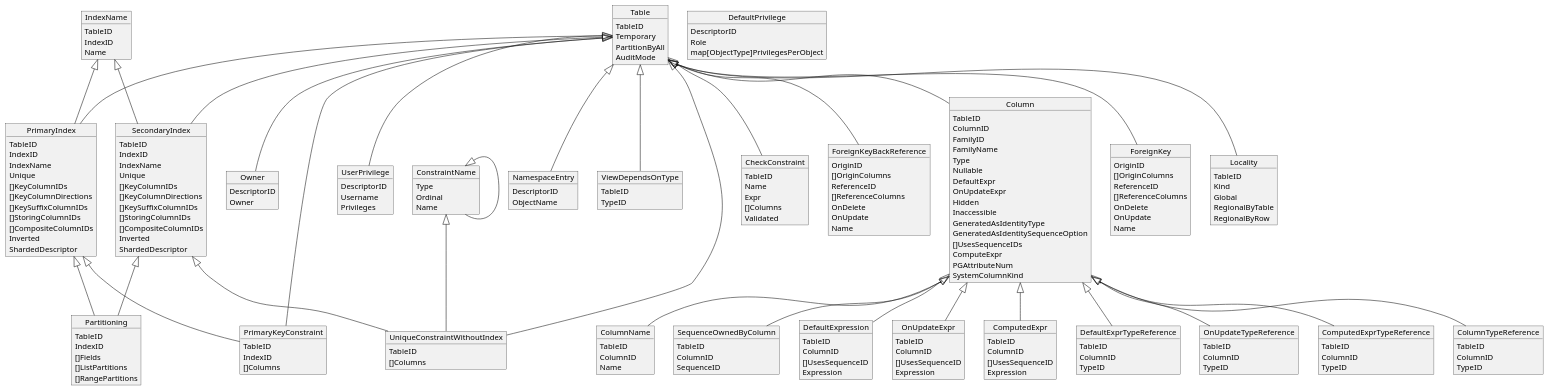
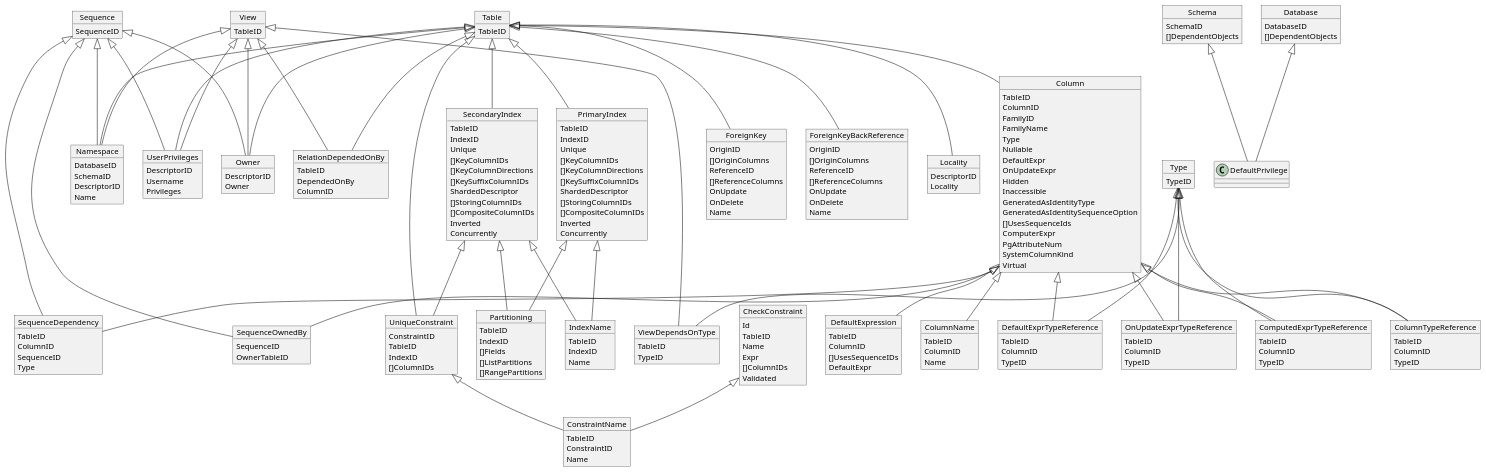
One commit to cockroachdb/cockroach changed the diagram in pkg/sql/schemachanger/scpb/uml/table.puml. Above: the diagram before and after it, drawn with PlantUML. The commit also changed 4 other files, not shown here.

First line of the commit message:
sql: add automated UML diagram generation for new schema changer

```diff
--- a/pkg/sql/schemachanger/scpb/uml/table.puml
+++ b/pkg/sql/schemachanger/scpb/uml/table.puml
@@ -1,266 +1,228 @@
 @startuml
-
-object Table
-
-Table : TableID
-Table : Temporary
-Table : PartitionByAll
-Table : AuditMode
-
 object Column
 
-Column : TableID
-Column : ColumnID
-Column : FamilyID
-Column : FamilyName
-Column : Type
-Column : Nullable
-Column : DefaultExpr
-Column : OnUpdateExpr
-Column : Hidden
-Column : Inaccessible
-Column : GeneratedAsIdentityType
-Column : GeneratedAsIdentitySequenceOption
-Column : []UsesSequenceIDs
-Column : ComputeExpr
-Column : PGAttributeNum
-Column : SystemColumnKind
-
-Table <|-- Column
-
-object ColumnName
-
-ColumnName : TableID
-ColumnName : ColumnID
-ColumnName : Name
-
-Column <|-- ColumnName
-
-object SequenceOwnedByColumn
-
-SequenceOwnedByColumn : TableID
-SequenceOwnedByColumn : ColumnID
-SequenceOwnedByColumn : SequenceID
-
-Column <|-- SequenceOwnedByColumn
-
-
-object DefaultExpression
-
-DefaultExpression : TableID
-DefaultExpression : ColumnID
-DefaultExpression : []UsesSequenceID
-DefaultExpression : Expression
-
-Column <|-- DefaultExpression
-
-object OnUpdateExpr
-
-OnUpdateExpr : TableID
-OnUpdateExpr : ColumnID
-OnUpdateExpr : []UsesSequenceID
-OnUpdateExpr : Expression
-
-Column <|-- OnUpdateExpr
-
-object ComputedExpr
-
-ComputedExpr : TableID
-ComputedExpr : ColumnID
-ComputedExpr : []UsesSequenceID
-ComputedExpr : Expression
-
-Column <|-- ComputedExpr
-
-object NamespaceEntry
-
-NamespaceEntry : DescriptorID
-NamespaceEntry : ObjectName
-
-Table <|-- NamespaceEntry
-
-object DefaultExprTypeReference
-
-DefaultExprTypeReference : TableID
-DefaultExprTypeReference : ColumnID
-DefaultExprTypeReference : TypeID
-
-Column <|-- DefaultExprTypeReference
-
-object OnUpdateTypeReference
-
-OnUpdateTypeReference : TableID
-OnUpdateTypeReference : ColumnID
-OnUpdateTypeReference : TypeID
-
-Column <|-- OnUpdateTypeReference
-
-object ComputedExprTypeReference
-
-ComputedExprTypeReference : TableID
-ComputedExprTypeReference : ColumnID
-ComputedExprTypeReference : TypeID
-
-Column <|-- ComputedExprTypeReference
-
-object ColumnTypeReference
-
-ColumnTypeReference : TableID
-ColumnTypeReference : ColumnID
-ColumnTypeReference : TypeID
-
-Column <|-- ColumnTypeReference
-
-
-object ViewDependsOnType
-
-ViewDependsOnType : TableID
-ViewDependsOnType : TypeID
-
-Table <|-- ViewDependsOnType
-
+Column :  TableID
+Column :  ColumnID
+Column :  FamilyID
+Column :  FamilyName
+Column :  Type
+Column :  Nullable
+Column :  DefaultExpr
+Column :  OnUpdateExpr
+Column :  Hidden
+Column :  Inaccessible
+Column :  GeneratedAsIdentityType
+Column :  GeneratedAsIdentitySequenceOption
+Column : []UsesSequenceIds
+Column :  ComputerExpr
+Column :  PgAttributeNum
+Column :  SystemColumnKind
+Column :  Virtual
 object PrimaryIndex
 
-PrimaryIndex : TableID
-PrimaryIndex : IndexID
-PrimaryIndex : IndexName
-PrimaryIndex : Unique
+PrimaryIndex :  TableID
+PrimaryIndex :  IndexID
+PrimaryIndex :  Unique
 PrimaryIndex : []KeyColumnIDs
 PrimaryIndex : []KeyColumnDirections
 PrimaryIndex : []KeySuffixColumnIDs
+PrimaryIndex :  ShardedDescriptor
 PrimaryIndex : []StoringColumnIDs
 PrimaryIndex : []CompositeColumnIDs
-PrimaryIndex : Inverted
-PrimaryIndex : ShardedDescriptor
-
-Table <|-- PrimaryIndex
-
+PrimaryIndex :  Inverted
+PrimaryIndex :  Concurrently
 object SecondaryIndex
 
-SecondaryIndex : TableID
-SecondaryIndex : IndexID
-SecondaryIndex : IndexName
-SecondaryIndex : Unique
+SecondaryIndex :  TableID
+SecondaryIndex :  IndexID
+SecondaryIndex :  Unique
 SecondaryIndex : []KeyColumnIDs
 SecondaryIndex : []KeyColumnDirections
 SecondaryIndex : []KeySuffixColumnIDs
+SecondaryIndex :  ShardedDescriptor
 SecondaryIndex : []StoringColumnIDs
 SecondaryIndex : []CompositeColumnIDs
-SecondaryIndex : Inverted
-SecondaryIndex : ShardedDescriptor
+SecondaryIndex :  Inverted
+SecondaryIndex :  Concurrently
+object SequenceDependency
 
-Table <|-- SecondaryIndex
+SequenceDependency :  TableID
+SequenceDependency :  ColumnID
+SequenceDependency :  SequenceID
+SequenceDependency :  Type
+object UniqueConstraint
 
-object IndexName
+UniqueConstraint :  ConstraintID
+UniqueConstraint :  TableID
+UniqueConstraint :  IndexID
+UniqueConstraint : []ColumnIDs
+object CheckConstraint
 
-IndexName : TableID
-IndexName : IndexID
-IndexName : Name
+CheckConstraint :  Id
+CheckConstraint :  TableID
+CheckConstraint :  Name
+CheckConstraint :  Expr
+CheckConstraint : []ColumnIDs
+CheckConstraint :  Validated
+object Sequence
 
-IndexName <|-- PrimaryIndex
-IndexName <|-- SecondaryIndex
+Sequence :  SequenceID
+object DefaultExpression
 
+DefaultExpression :  TableID
+DefaultExpression :  ColumnID
+DefaultExpression : []UsesSequenceIDs
+DefaultExpression :  DefaultExpr
+object View
 
+View :  TableID
+object Table
+
+Table :  TableID
+object ForeignKey
+
+ForeignKey :  OriginID
+ForeignKey : []OriginColumns
+ForeignKey :  ReferenceID
+ForeignKey : []ReferenceColumns
+ForeignKey :  OnUpdate
+ForeignKey :  OnDelete
+ForeignKey :  Name
+object ForeignKeyBackReference
+
+ForeignKeyBackReference :  OriginID
+ForeignKeyBackReference : []OriginColumns
+ForeignKeyBackReference :  ReferenceID
+ForeignKeyBackReference : []ReferenceColumns
+ForeignKeyBackReference :  OnUpdate
+ForeignKeyBackReference :  OnDelete
+ForeignKeyBackReference :  Name
+object RelationDependedOnBy
+
+RelationDependedOnBy :  TableID
+RelationDependedOnBy :  DependedOnBy
+RelationDependedOnBy :  ColumnID
+object SequenceOwnedBy
+
+SequenceOwnedBy :  SequenceID
+SequenceOwnedBy :  OwnerTableID
+object Type
+
+Type :  TypeID
+object Schema
+
+Schema :  SchemaID
+Schema : []DependentObjects
+object Database
+
+Database :  DatabaseID
+Database : []DependentObjects
 object Partitioning
 
-Partitioning : TableID
-Partitioning : IndexID
+Partitioning :  TableID
+Partitioning :  IndexID
 Partitioning : []Fields
 Partitioning : []ListPartitions
 Partitioning : []RangePartitions
+object Namespace
 
-SecondaryIndex <|-- Partitioning
-PrimaryIndex <|-- Partitioning
+Namespace :  DatabaseID
+Namespace :  SchemaID
+Namespace :  DescriptorID
+Namespace :  Name
+object Owner
 
-object UniqueConstraintWithoutIndex
+Owner :  DescriptorID
+Owner :  Owner
+object UserPrivileges
 
-UniqueConstraintWithoutIndex : TableID
-UniqueConstraintWithoutIndex : []Columns
+UserPrivileges :  DescriptorID
+UserPrivileges :  Username
+UserPrivileges :  Privileges
+object ColumnName
 
-Table <|-- UniqueConstraintWithoutIndex
-SecondaryIndex <|-- UniqueConstraintWithoutIndex
+ColumnName :  TableID
+ColumnName :  ColumnID
+ColumnName :  Name
+object Locality
 
+Locality :  DescriptorID
+Locality :  Locality
+object IndexName
+
+IndexName :  TableID
+IndexName :  IndexID
+IndexName :  Name
 object ConstraintName
 
-ConstraintName : Type
-ConstraintName : Ordinal
-ConstraintName : Name
+ConstraintName :  TableID
+ConstraintName :  ConstraintID
+ConstraintName :  Name
+object DefaultExprTypeReference
 
-ConstraintName <|-- UniqueConstraintWithoutIndex
+DefaultExprTypeReference :  TableID
+DefaultExprTypeReference :  ColumnID
+DefaultExprTypeReference :  TypeID
+object OnUpdateExprTypeReference
 
-object CheckConstraint
+OnUpdateExprTypeReference :  TableID
+OnUpdateExprTypeReference :  ColumnID
+OnUpdateExprTypeReference :  TypeID
+object ComputedExprTypeReference
 
-CheckConstraint : TableID
-CheckConstraint : Name
-CheckConstraint : Expr
-CheckConstraint : []Columns
-CheckConstraint : Validated
+ComputedExprTypeReference :  TableID
+ComputedExprTypeReference :  ColumnID
+ComputedExprTypeReference :  TypeID
+object ViewDependsOnType
 
-Table <|-- CheckConstraint
-ConstraintName <|-- ConstraintName
+ViewDependsOnType :  TableID
+ViewDependsOnType :  TypeID
+object ColumnTypeReference
 
-object PrimaryKeyConstraint
-
-PrimaryKeyConstraint : TableID
-PrimaryKeyConstraint : IndexID
-PrimaryKeyConstraint : []Columns
-
-Table <|-- PrimaryKeyConstraint
-PrimaryIndex <|-- PrimaryKeyConstraint
-
-object ForeignKeyBackReference
-
-ForeignKeyBackReference : OriginID
-ForeignKeyBackReference : []OriginColumns
-ForeignKeyBackReference : ReferenceID
-ForeignKeyBackReference : []ReferenceColumns
-ForeignKeyBackReference : OnDelete
-ForeignKeyBackReference : OnUpdate
-ForeignKeyBackReference : Name
-
+ColumnTypeReference :  TableID
+ColumnTypeReference :  ColumnID
+ColumnTypeReference :  TypeID
+Table <|-- Column
+Column <|-- ColumnName
+Column <|-- SequenceOwnedBy
+Sequence <|-- SequenceOwnedBy
+Column <|-- SequenceDependency
+Sequence <|-- SequenceDependency
+Column <|-- DefaultExpression
+Table <|-- Namespace
+View <|-- Namespace
+Sequence <|-- Namespace
+View <|-- RelationDependedOnBy
+Table <|-- RelationDependedOnBy
+Column <|-- DefaultExprTypeReference
+Type <|-- DefaultExprTypeReference
+Column <|-- OnUpdateExprTypeReference
+Type <|-- OnUpdateExprTypeReference
+Column <|-- ComputedExprTypeReference
+Type <|-- ComputedExprTypeReference
+Column <|-- ColumnTypeReference
+Type <|-- ColumnTypeReference
+View <|-- ViewDependsOnType
+Type <|-- ViewDependsOnType
+Table <|-- PrimaryIndex
+Table <|-- SecondaryIndex
+PrimaryIndex <|-- IndexName
+SecondaryIndex <|-- IndexName
+PrimaryIndex <|-- Partitioning
+SecondaryIndex <|-- Partitioning
+SecondaryIndex <|-- UniqueConstraint
+Table <|-- UniqueConstraint
+UniqueConstraint <|-- ConstraintName
+CheckConstraint <|-- ConstraintName
+Table <|-- ForeignKey
 Table <|-- ForeignKeyBackReference
-
-object ForeignKey
-
-ForeignKey : OriginID
-ForeignKey : []OriginColumns
-ForeignKey : ReferenceID
-ForeignKey : []ReferenceColumns
-ForeignKey : OnDelete
-ForeignKey : OnUpdate
-ForeignKey : Name
-
-Table <|-- ForeignKey
-
-object Locality
-
-Locality : TableID
-Locality : Kind
-Locality : Global
-Locality : RegionalByTable
-Locality : RegionalByRow
-
 Table <|-- Locality
-
-object Owner
-
-Owner : DescriptorID
-Owner : Owner
-
 Table <|-- Owner
-
-object UserPrivilege
-
-UserPrivilege : DescriptorID
-UserPrivilege : Username
-UserPrivilege : Privileges
-
-Table <|-- UserPrivilege
-
-object DefaultPrivilege
-
-DefaultPrivilege : DescriptorID
-DefaultPrivilege : Role
-DefaultPrivilege : map[ObjectType]PrivilegesPerObject
-
+Table <|-- UserPrivileges
+View <|-- Owner
+View <|-- UserPrivileges
+Sequence <|-- Owner
+Sequence <|-- UserPrivileges
+Database <|-- DefaultPrivilege
+Schema <|-- DefaultPrivilege
 @enduml
```
